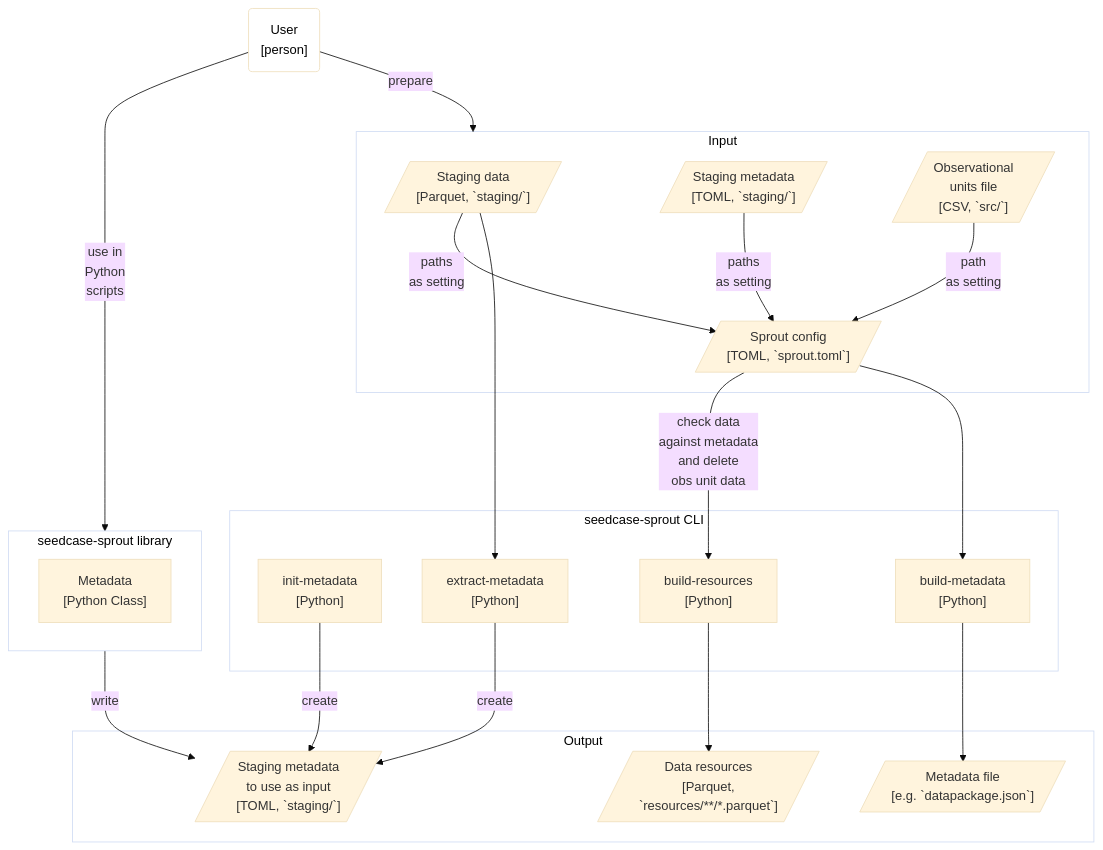
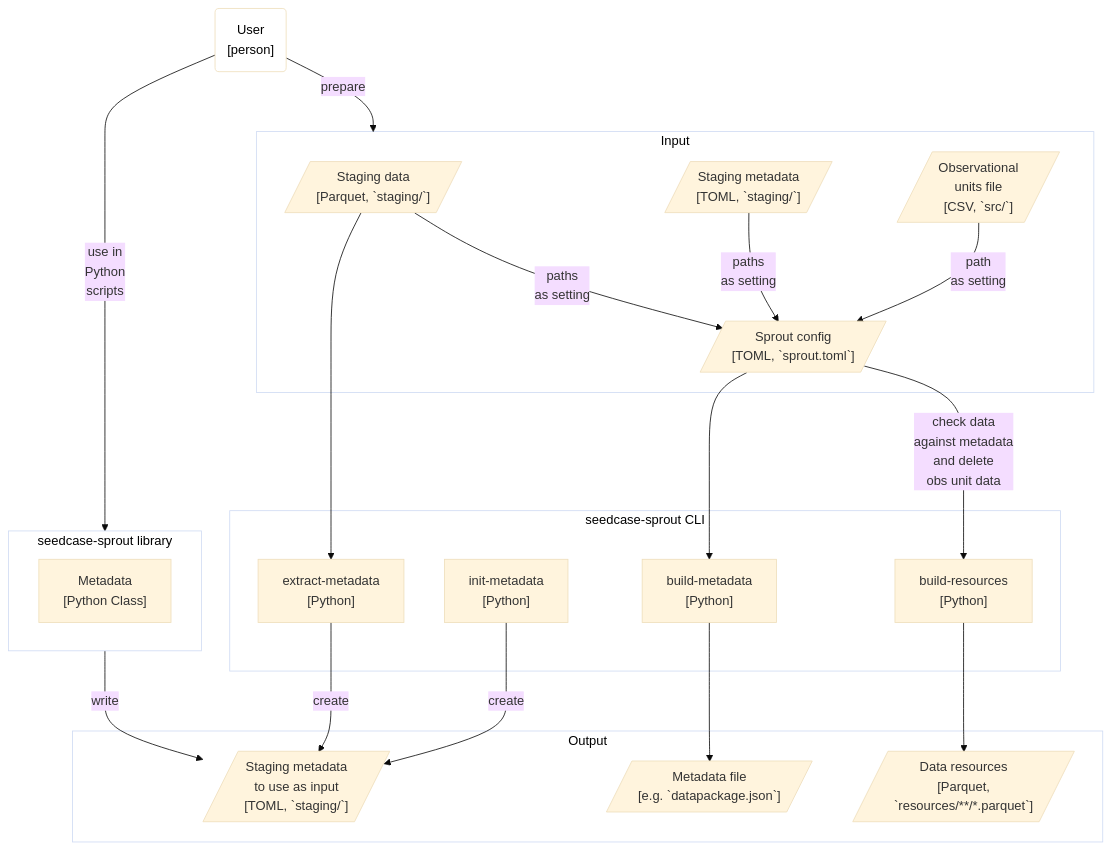
One commit to seedcase-project/seedcase-sprout changed the second of 2 diagrams in docs/design/architecture.qmd. Above: the diagram before and after it, drawn with Mermaid (base theme).

Commit message:
docs: 🎨 improve look of arrows

````diff
--- a/docs/design/architecture.qmd
+++ b/docs/design/architecture.qmd
@@ -218,62 +218,63 @@
 ```{mermaid}
 %%| label: fig-c4-container
 %%| fig-cap: >-
 %%|   C4 component and container diagram showing the inputs, outputs, and
 %%|   actions within Sprout. Parallogram boxes represent input and output, the
 %%|   rectangles represents actions, and the rounded boxes represent the start
 %%|   of the flow (the user).
 %%| fig-alt: >-
 %%|   Flowchart diagram with boxes and arrows/connections for the different
 %%|   objects and actions, focusing on the content of Sprout. The user interacts
 %%|   with the staging files mainly through the config file and uses Sprout
 %%|   either as CLI or as a Python library to generate the metadata in staging
 %%|   to modify and manually edit. Sprout ends up creating a package's final
 %%|   data and metadata.
 
 flowchart TB
     user("User<br>[person]"):::user
 
     subgraph input ["Input"]
         staged_data[/"Staging data<br>[Parquet, `staging/`]"/]
         staged_metadata_in[/"Staging metadata<br>[TOML, `staging/`]"/]
         obs_units[/"Observational<br>units file<br>[CSV, `src/`]"/]
         config[/"Sprout config<br>[TOML, `sprout.toml`]"/]
     end
 
     subgraph sprout-cli ["seedcase-sprout CLI"]
         init["init-metadata<br>[Python]"]
         build_resources["build-resources<br>[Python]"]
         build_metadata["build-metadata<br>[Python]"]
         extract_metadata["extract-metadata<br>[Python]"]
     end
 
     subgraph sprout-lib ["seedcase-sprout library"]
         metadata["Metadata<br>[Python Class]"]
     end
 
     subgraph output ["Output"]
         staged_metadata_out[/"Staging metadata<br>to use as input<br>[TOML, `staging/`]"/]
         package_metadata[/"Metadata file<br>[e.g. `datapackage.json`]"/]
         package_data[/"Data resources<br>[Parquet,<br>`resources/**/*.parquet`]"/]
     end
 
     user -->|prepare| input
     user -->|use in<br>Python<br>scripts| sprout-lib
     sprout-lib -->|write| staged_metadata_out
 
     init -->|create| staged_metadata_out
     staged_data --> extract_metadata -->|create| staged_metadata_out
 
+    obs_units -->|path<br>as setting| config
+    staged_metadata_in -->|paths<br>as setting| config --> build_metadata
     staged_data -->|paths<br>as setting| config
-    staged_metadata_in -->|paths<br>as setting| config --> build_metadata --> package_metadata
-    obs_units -->|path<br>as setting| config
+    build_metadata --> package_metadata
     config -->|check data<br>against metadata<br>and delete<br>obs unit data| build_resources --> package_data
 
     %% Styling
     style input fill:#FFFFFF,color:#000000;
     style sprout-cli fill:#FFFFFF,color:#000000;
     style sprout-lib fill:#FFFFFF,color:#000000;
     style output fill:#FFFFFF,color:#000000;
     classDef user fill:#FFFFFF,color:#000000;
     classDef external fill:#F5F5F5;
 ```
````
